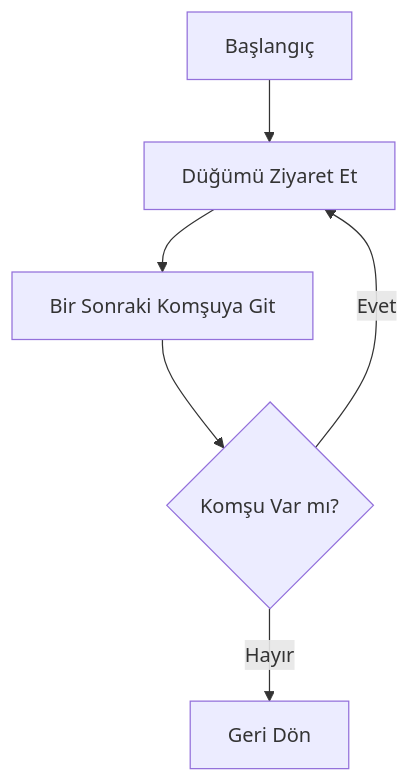
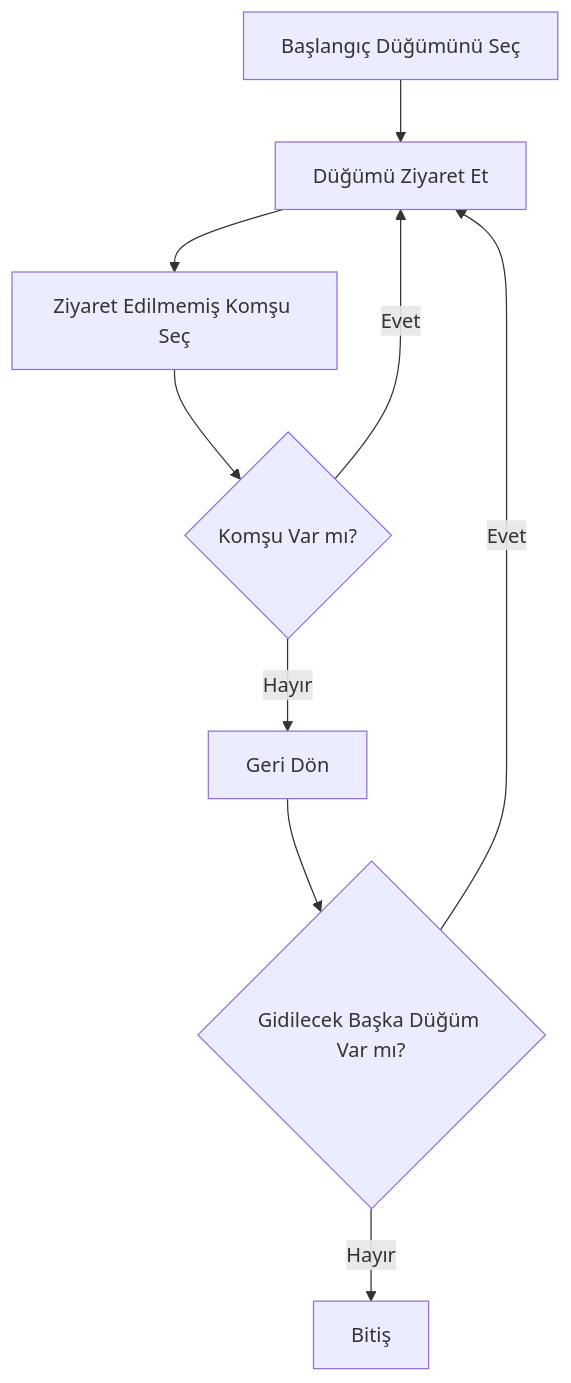
One commit to AboubacarSow/yazlab-proje-II changed the second of 4 diagrams in README.md. Above: the diagram before and after it, drawn with Mermaid. The commit also changed other lines of this file, not shown here.

````diff
--- a/README.md
+++ b/README.md
@@ -82,8 +110,11 @@
 ```mermaid
 flowchart TD
-A[Başlangıç] --> B[Düğümü Ziyaret Et]
-B --> C[Bir Sonraki Komşuya Git]
-C --> D{Komşu Var mı?}
-D -->|Evet| B
-D -->|Hayır| E[Geri Dön]
+    A[Başlangıç Düğümünü Seç] --> B[Düğümü Ziyaret Et]
+    B --> C[Ziyaret Edilmemiş Komşu Seç]
+    C --> D{Komşu Var mı?}
+    D -->|Evet| B
+    D -->|Hayır| E[Geri Dön]
+    E --> F{Gidilecek Başka Düğüm Var mı?}
+    F -->|Evet| B
+    F -->|Hayır| G[Bitiş]
 ```
````
